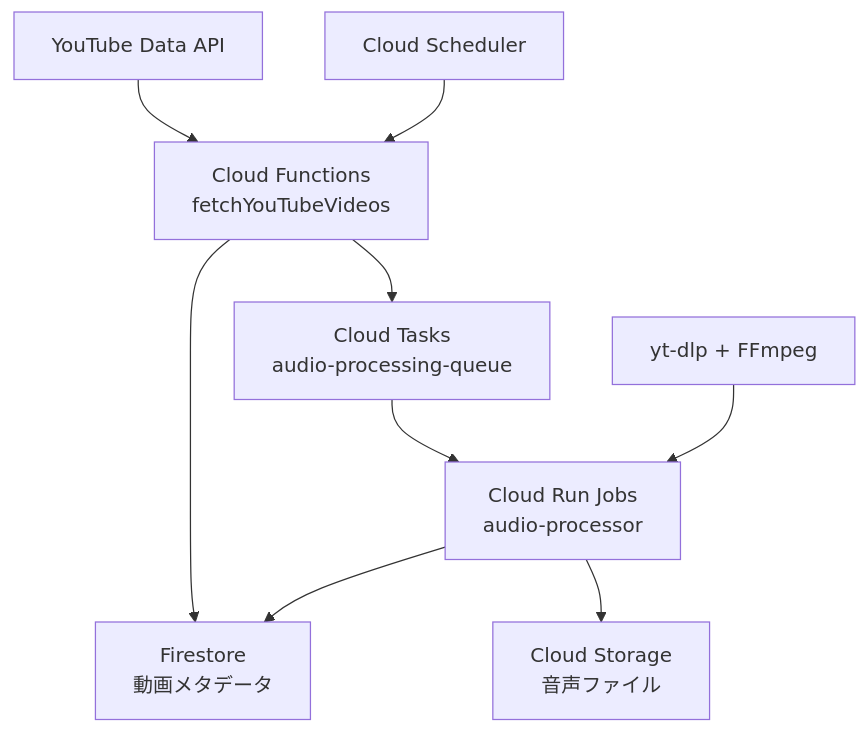
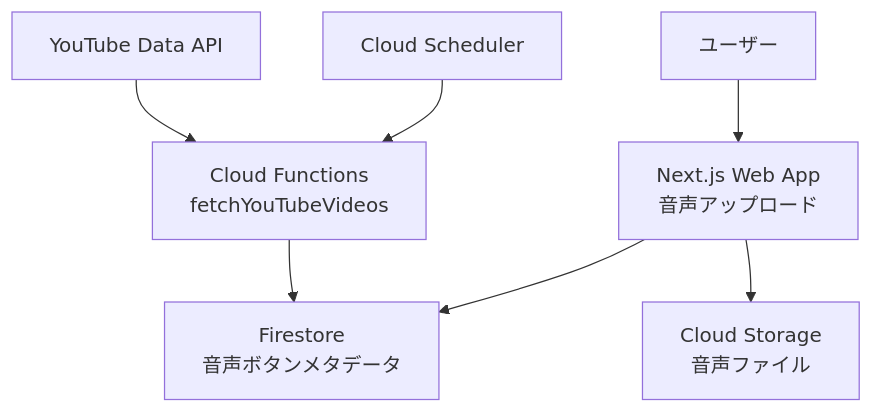
Before and after one commit to nothink-jp/suzumina.click: the diagram in terraform/README.md, drawn with Mermaid. The commit also changed other lines of this file and 24 other files, not shown here.

First line of the commit message:
refactor: remove Cloud Run Jobs audio processor in favor of browser-based Web Audio API

````diff
--- a/terraform/README.md
+++ b/terraform/README.md
@@ -50,12 +48,11 @@
 ```mermaid
 graph TB
     A[YouTube Data API] --> B[Cloud Functions<br/>fetchYouTubeVideos]
     B --> C[Firestore<br/>動画メタデータ]
-    B --> D[Cloud Tasks<br/>audio-processing-queue]
-    D --> E[Cloud Run Jobs<br/>audio-processor]
+    
+    D[ユーザー] --> E[Next.js Web App<br/>音声アップロード]
     E --> F[Cloud Storage<br/>音声ファイル]
-    E --> C
+    E --> C[Firestore<br/>音声ボタンメタデータ]
     
     G[Cloud Scheduler] --> B
-    H[yt-dlp + FFmpeg] --> E
 ```
````
